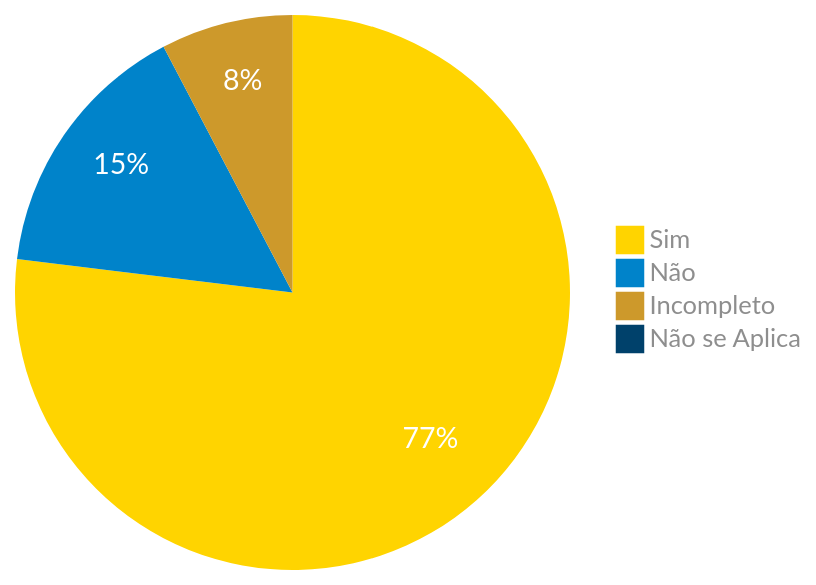
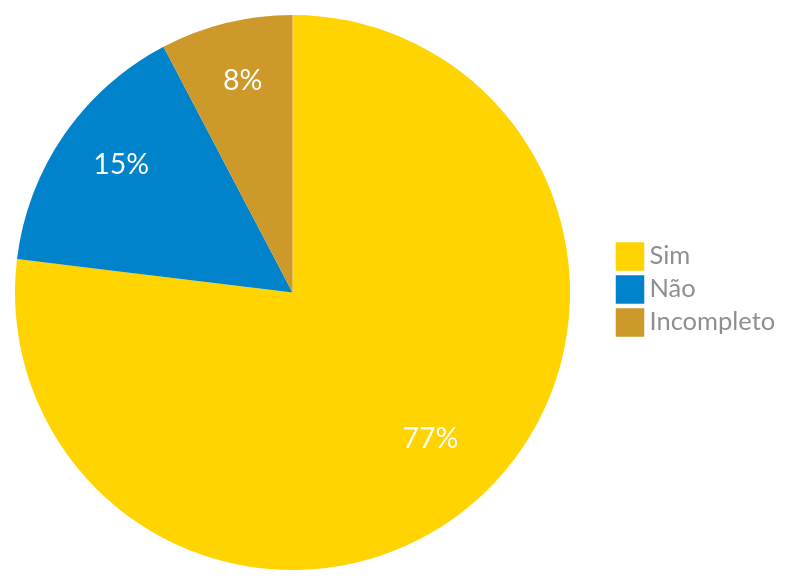
Before and after one commit to claudiohsc/2024.1-Correios: the diagram in docs/verificacao_01/grupo/DAD/nivel2/prototipo_papel/relato_dos_resultados_PP/rastrear encomendas-pp.md, drawn with Mermaid. The commit also changed 9 other files, not shown here.

````diff
--- a/docs/verificacao_01/grupo/DAD/nivel2/prototipo_papel/relato_dos_resultados_PP/rastrear encomendas-pp.md
+++ b/docs/verificacao_01/grupo/DAD/nivel2/prototipo_papel/relato_dos_resultados_PP/rastrear encomendas-pp.md
@@ -100,24 +100,23 @@
 ``` mermaid
 %%{
   init: {
     'theme': 'base',
     'themeVariables': {
         'primaryColor': '#FFD400',
         'secondaryColor': '#0083CA',
         'tertiaryColor': '#CD992B',
         'pie4': '#00416B',
         'primaryTextColor': '#8e8e8e',
         'pieStrokeWidth': '0px',
         'pieOuterStrokeWidth': '0px',
         'pieOpacity': '1',
         'pieSectionTextColor': '#fff',
         'pieSectionTextSize': '19px'
     }
   }
 }%%
 pie
     "Sim" : 10
     "Não" : 2
     "Incompleto" : 1
-    "Não se Aplica" : 0
 ```
````
